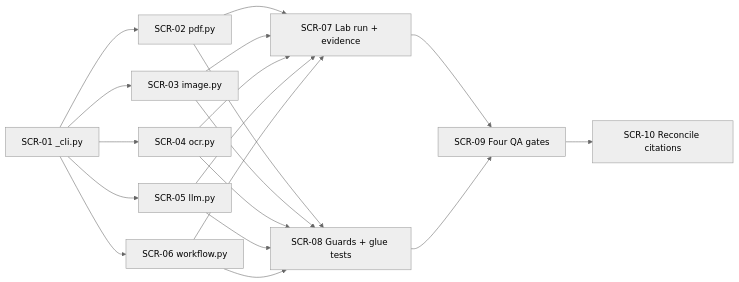
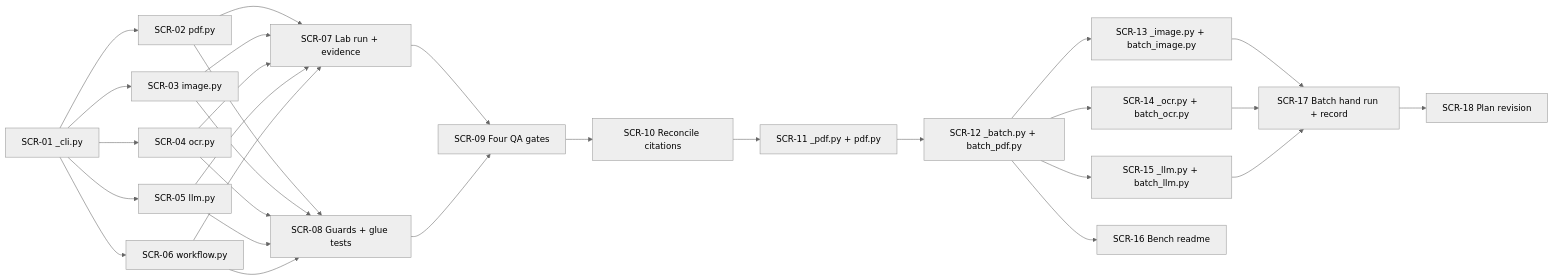
The diagram in docs/plan/issues/wbs-scripts.md (mariogarcia-ar/docflow), drawn with Mermaid (neutral theme) before and after one commit. The commit also changed other lines of this file and 21 other files, not shown here.

First line of the commit message:
Refactor OCR tool and batch processing

````diff
--- a/docs/plan/issues/wbs-scripts.md
+++ b/docs/plan/issues/wbs-scripts.md
@@ -235,21 +378,31 @@
 ```mermaid
 flowchart LR
     SCR01["SCR-01 _cli.py"] --> SCR02["SCR-02 pdf.py"]
     SCR01 --> SCR03["SCR-03 image.py"]
     SCR01 --> SCR04["SCR-04 ocr.py"]
     SCR01 --> SCR05["SCR-05 llm.py"]
     SCR01 --> SCR06["SCR-06 workflow.py"]
     SCR02 --> SCR07["SCR-07 Lab run + evidence"]
     SCR03 --> SCR07
     SCR04 --> SCR07
     SCR05 --> SCR07
     SCR06 --> SCR07
     SCR02 --> SCR08["SCR-08 Guards + glue tests"]
     SCR03 --> SCR08
     SCR04 --> SCR08
     SCR05 --> SCR08
     SCR06 --> SCR08
     SCR07 --> SCR09["SCR-09 Four QA gates"]
     SCR08 --> SCR09
     SCR09 --> SCR10["SCR-10 Reconcile citations"]
+    SCR10 --> SCR11["SCR-11 _pdf.py + pdf.py"]
+    SCR11 --> SCR12["SCR-12 _batch.py + batch_pdf.py"]
+    SCR12 --> SCR13["SCR-13 _image.py + batch_image.py"]
+    SCR12 --> SCR14["SCR-14 _ocr.py + batch_ocr.py"]
+    SCR12 --> SCR15["SCR-15 _llm.py + batch_llm.py"]
+    SCR12 --> SCR16["SCR-16 Bench readme"]
+    SCR13 --> SCR17["SCR-17 Batch hand run + record"]
+    SCR14 --> SCR17
+    SCR15 --> SCR17
+    SCR17 --> SCR18["SCR-18 Plan revision"]
 ```
````
